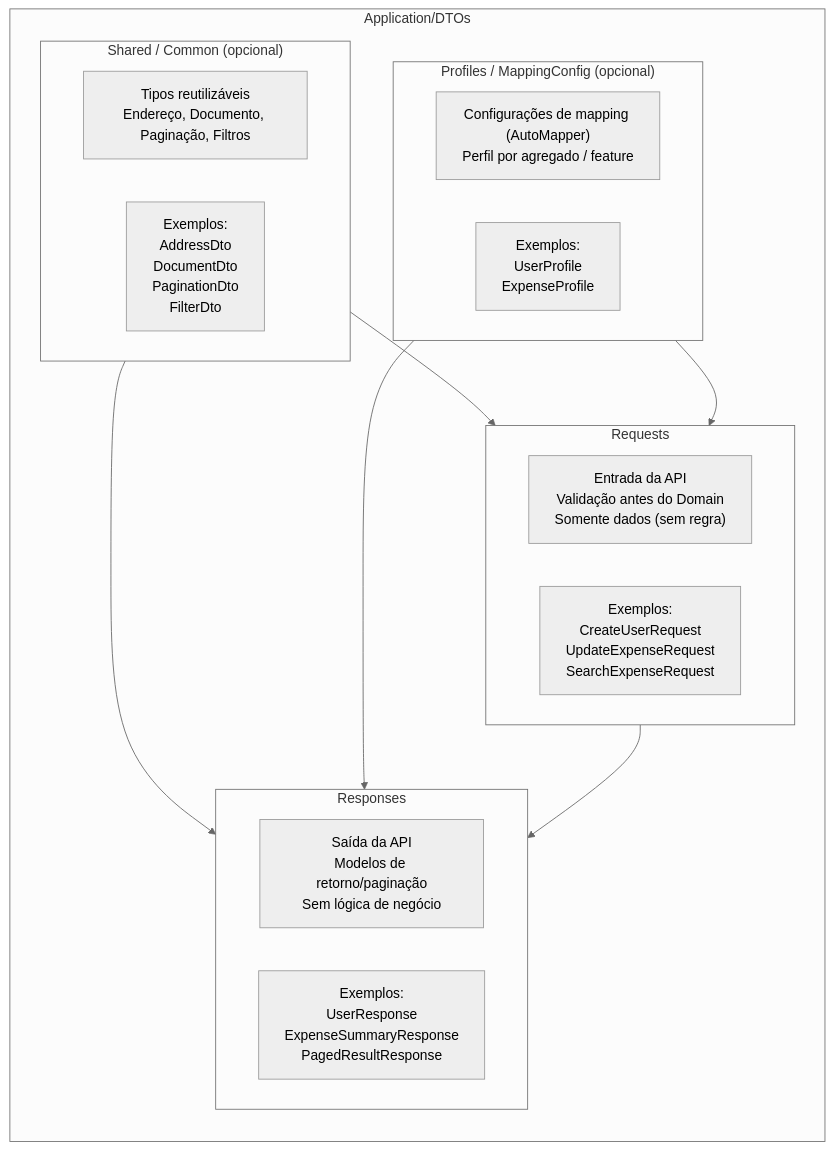
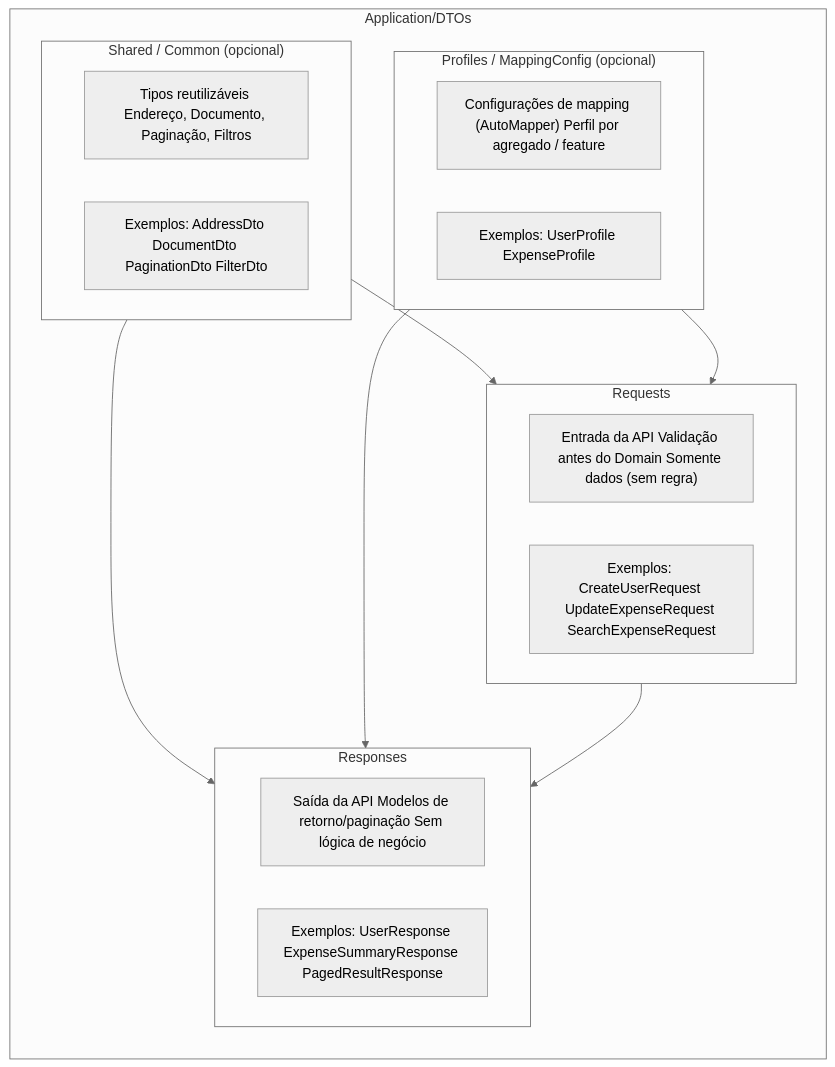
One commit to rodrigofurlaneti/FSI.Authentication.Api.BackEnd changed the third of 3 diagrams in README.md. Above: the diagram before and after it, drawn with Mermaid (neutral theme). The commit also changed other lines of this file, not shown here.

````diff
--- a/README.md
+++ b/README.md
@@ -104,36 +104,36 @@
 ```mermaid
 %%{init: {"flowchart": {"htmlLabels": false}} }%%
 flowchart TB
 
   subgraph DTOs["Application/DTOs"]
     direction TB
 
     subgraph Requests["Requests"]
-      R_desc["Entrada da API\nValidação antes do Domain\nSomente dados (sem regra)"]
-      R_examples["Exemplos:\nCreateUserRequest\nUpdateExpenseRequest\nSearchExpenseRequest"]
+      R_desc["Entrada da API Validação antes do Domain Somente dados (sem regra)"]
+      R_examples["Exemplos: CreateUserRequest UpdateExpenseRequest SearchExpenseRequest"]
     end
 
     subgraph Responses["Responses"]
-      S_desc["Saída da API\nModelos de retorno/paginação\nSem lógica de negócio"]
-      S_examples["Exemplos:\nUserResponse\nExpenseSummaryResponse\nPagedResultResponse"]
+      S_desc["Saída da API Modelos de retorno/paginação Sem lógica de negócio"]
+      S_examples["Exemplos: UserResponse ExpenseSummaryResponse PagedResultResponse"]
     end
 
     subgraph Shared["Shared / Common (opcional)"]
-      Sh_desc["Tipos reutilizáveis\nEndereço, Documento, Paginação, Filtros"]
-      Sh_examples["Exemplos:\nAddressDto\nDocumentDto\nPaginationDto\nFilterDto"]
+      Sh_desc["Tipos reutilizáveis Endereço, Documento, Paginação, Filtros"]
+      Sh_examples["Exemplos: AddressDto DocumentDto PaginationDto FilterDto"]
     end
 
     subgraph Profiles["Profiles / MappingConfig (opcional)"]
-      P_desc["Configurações de mapping (AutoMapper)\nPerfil por agregado / feature"]
-      P_examples["Exemplos:\nUserProfile\nExpenseProfile"]
+      P_desc["Configurações de mapping (AutoMapper) Perfil por agregado / feature"]
+      P_examples["Exemplos: UserProfile ExpenseProfile"]
     end
   end
 
   %% Relações de uso
   Shared --> Requests
   Shared --> Responses
   Profiles --> Requests
   Profiles --> Responses
   Requests --> Responses
 
 ```
````
